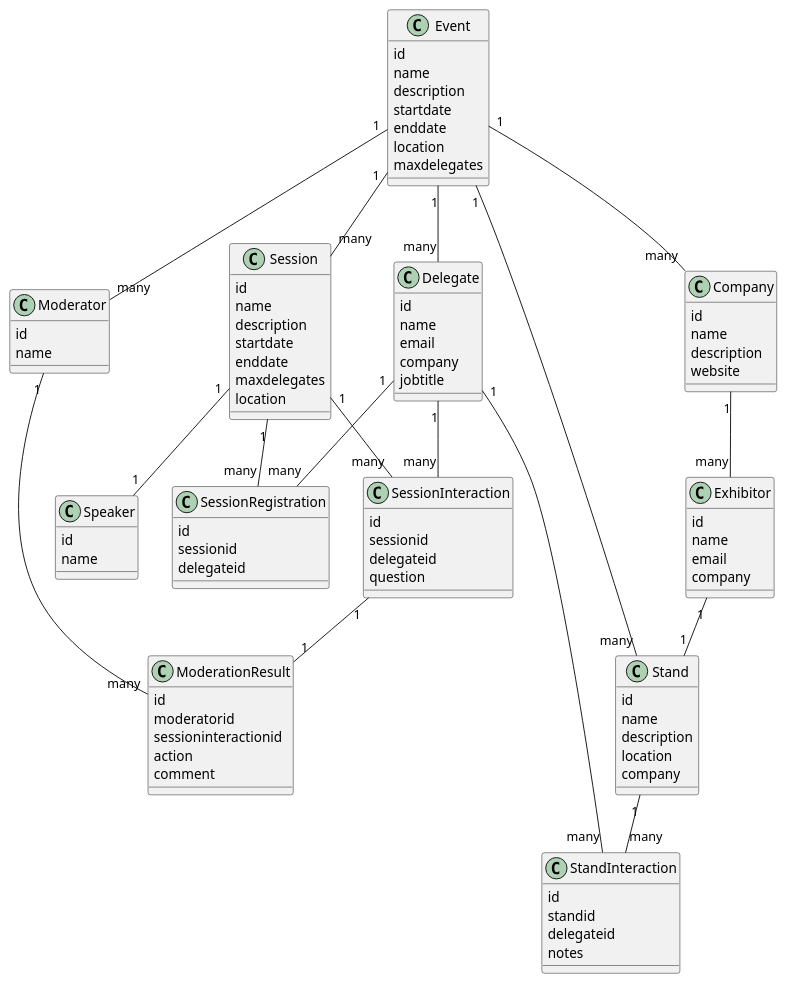
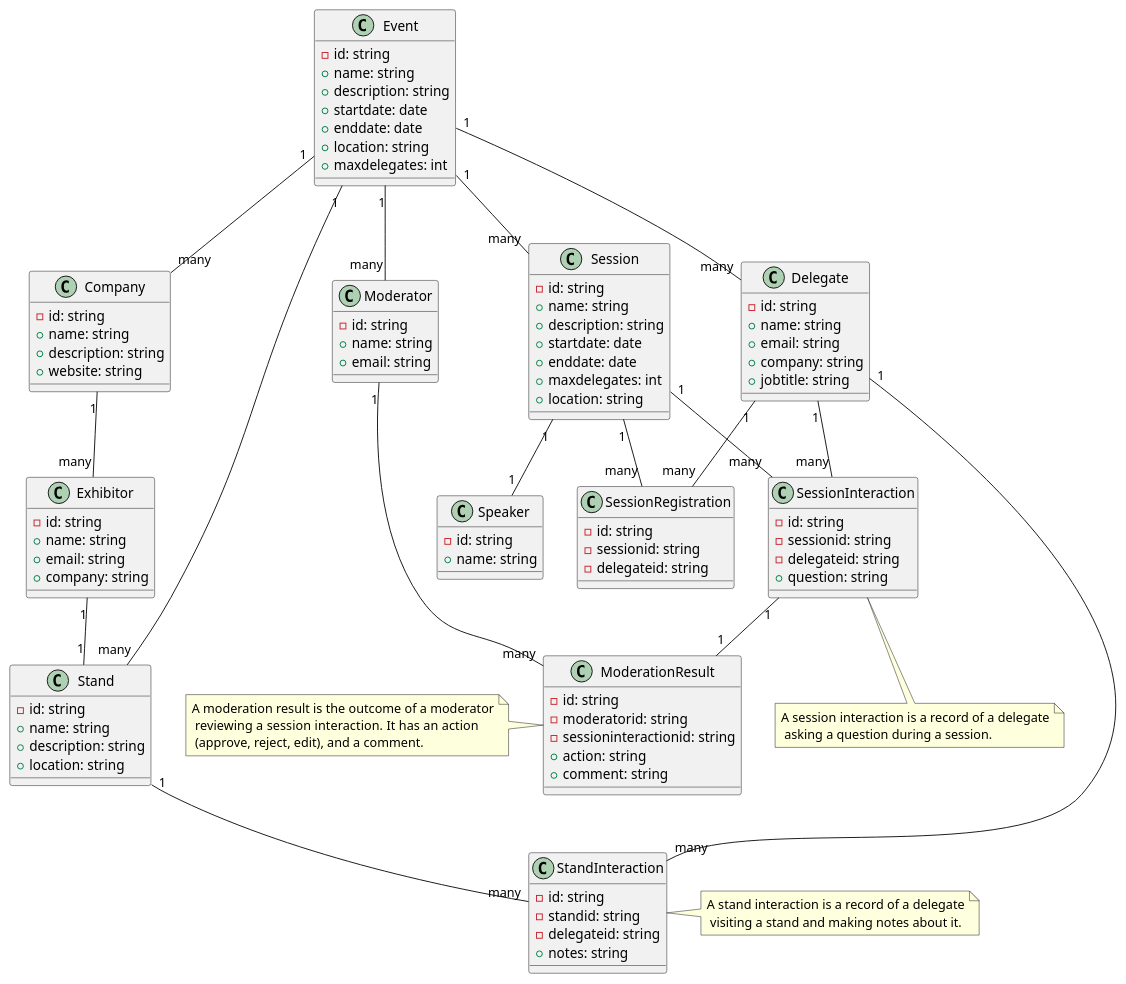
One commit to CSC-40084-Group-7/BMI2-UML changed the diagram in BookMeIn2.puml. Above: the diagram before and after it, drawn with PlantUML. The commit also changed 1 other file, not shown here.

Commit message:
add types and notes

```diff
--- a/BookMeIn2.puml
+++ b/BookMeIn2.puml
@@ -1,118 +1,136 @@
 @startuml BookMeIn2
 
 /'
 Glossary
 
 Event: The event that is happening, e.g. App Development in a mobile world.
 Delegates: People attending the event, sometimes on behalf of a company.
 Exhibitor: A person attending the event on behalf of their company. Each Exhibitor works at one stand.
 Moderator: Works in the background during a session filtering the questions sent in by delegates, for the purpose of avoiding anything unsuitable being sent to the speaker, and amalgamating similar questions into one so as to avoid repeating the same question
 Session: A talk or presentation happening at the event. Several of these can happen at the same time at larger events and delegates would have to choose which ones they want to attend.  Sometimes these can require a pre-registration of interest to allow entry.
 Speaker: An individual presenting the session. These can be the same as exhibitors, or they may be completely independent.
 Stand: One per company at the event. These companies are ones that have paid to have a stand at the event.  Often these will be sponsors of the event looking to sell some sort of software or service to the delegates.   Multiple Exhibitors may work on one stand though.
 '/
 
-class "Event" as  event
-class "Delegate" as delegate
-class "Exhibitor" as exhibitor
-class "Moderator" as moderator
-class "Session" as session
-class "Speaker" as speaker
-class "Stand" as stand
-class "Company" as company
-class "SessionRegistration" as sessionregistration
-class "StandInteraction" as standinteraction
-class "SessionInteraction" as sessioninteraction
-class "ModerationResult" as moderationresult
+' Entities
 
-event : id
-event : name
-event : description
-event : startdate
-event : enddate
-event : location
-event : maxdelegates
+class "Event" as event {
+    - id: string
+    + name: string
+    + description: string
+    + startdate: date
+    + enddate: date
+    + location: string
+    + maxdelegates: int
+}
 
-delegate : id
-delegate : name
-delegate : email
-delegate : company
-delegate : jobtitle
+class "Delegate" as delegate {
+    - id: string
+    + name: string
+    + email: string
+    + company: string
+    + jobtitle: string
+}
 
-exhibitor : id
-exhibitor : name
-exhibitor : email
-exhibitor : company
+class "Exhibitor" as exhibitor {
+    - id: string
+    + name: string
+    + email: string
+    + company: string
+}
 
-moderator : id
-moderator : name
+class "Moderator" as moderator {
+    - id: string
+    + name: string
+    + email: string
+}
 
-session : id
-session : name
-session : description
-session : startdate
-session : enddate
-session : maxdelegates
-session : location
+class "Session" as session {
+    - id: string
+    + name: string
+    + description: string
+    + startdate: date
+    + enddate: date
+    + maxdelegates: int
+    + location: string
+}
 
-speaker : id
-speaker : name
+class "Speaker" as speaker {
+    - id: string
+    + name: string
+}
 
-stand : id
-stand : name
-stand : description
-stand : location
-stand : company
+class "Stand" as stand {
+    - id: string
+    + name: string
+    + description: string
+    + location: string
+}
 
-company : id
-company : name
-company : description
-company : website
+class "Company" as company {
+    - id: string
+    + name: string
+    + description: string
+    + website: string
+}
 
-sessionregistration : id
-sessionregistration : sessionid
-sessionregistration : delegateid
+class "SessionRegistration" as sessionregistration {
+    - id: string
+    - sessionid: string
+    - delegateid: string
+}
 
-standinteraction : id
-standinteraction : standid
-standinteraction : delegateid
-standinteraction : notes
+class "StandInteraction" as standinteraction {
+    - id: string
+    - standid: string
+    - delegateid: string
+    + notes: string
+}
 
-sessioninteraction : id
-sessioninteraction : sessionid
-sessioninteraction : delegateid
-sessioninteraction : question
+class "SessionInteraction" as sessioninteraction {
+    - id: string
+    - sessionid: string
+    - delegateid: string
+    + question: string
+}
 
-moderationresult : id
-moderationresult : moderatorid
-moderationresult : sessioninteractionid
-moderationresult : action
-moderationresult : comment
+class "ModerationResult" as moderationresult {
+    - id: string
+    - moderatorid: string
+    - sessioninteractionid: string
+    + action: string
+    + comment: string
+}
+
+' Relationships
 
 event "1" -- "many" delegate
 event "1" -- "many" session
 event "1" -- "many" stand
 event "1" -- "many" moderator
 event "1" -- "many" company
 
 delegate "1" -- "many" standinteraction
 delegate "1" -- "many" sessioninteraction
 delegate "1" -- "many" sessionregistration
 
 exhibitor "1" -- "1" stand
 company "1" -- "many" exhibitor
 
 session "1" -- "1" speaker
 session "1" -- "many" sessioninteraction
 session "1" -- "many" sessionregistration
 
 stand "1" -- "many" standinteraction
 
 moderator "1" -- "many" moderationresult
 
 sessioninteraction "1" -- "1" moderationresult
 
+' Notes
 
-
+note left of moderationresult : A moderation result is the outcome of a moderator\n reviewing a session interaction.  It has an action\n (approve, reject, edit), and a comment.
+note right of standinteraction : A stand interaction is a record of a delegate\n visiting a stand and making notes about it.
+note bottom of sessioninteraction : A session interaction is a record of a delegate\n asking a question during a session.
 
 @enduml
```
